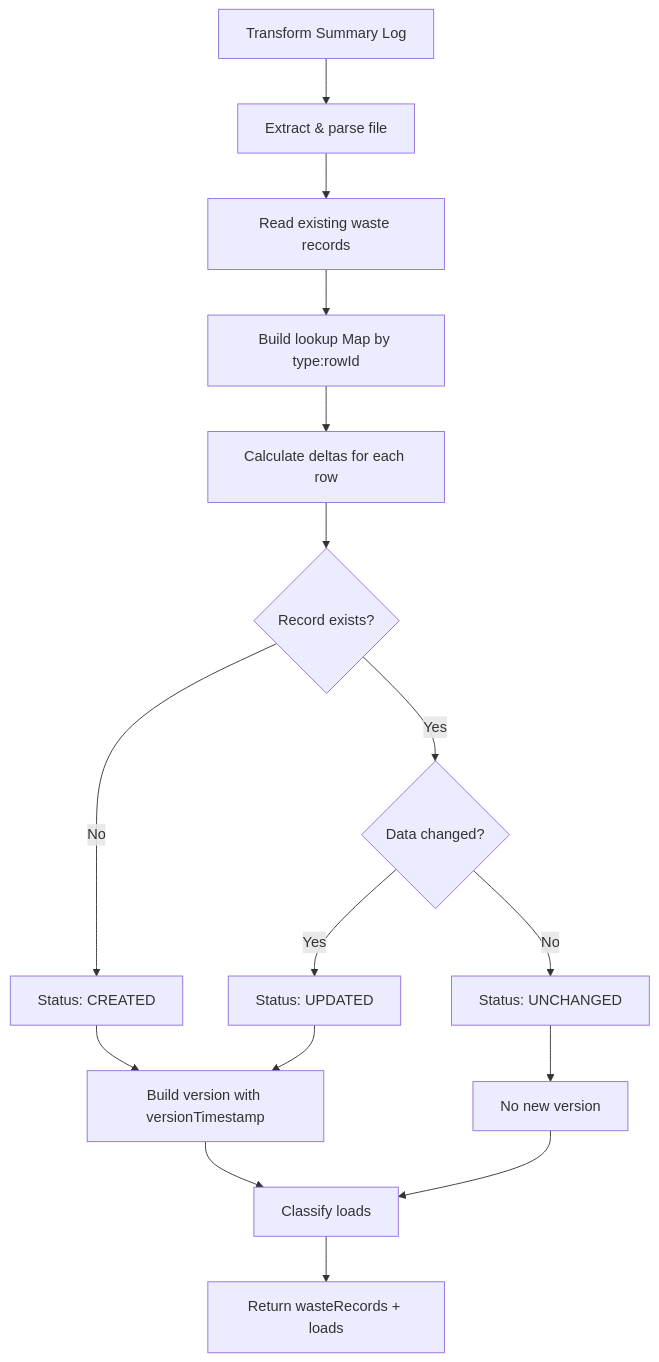
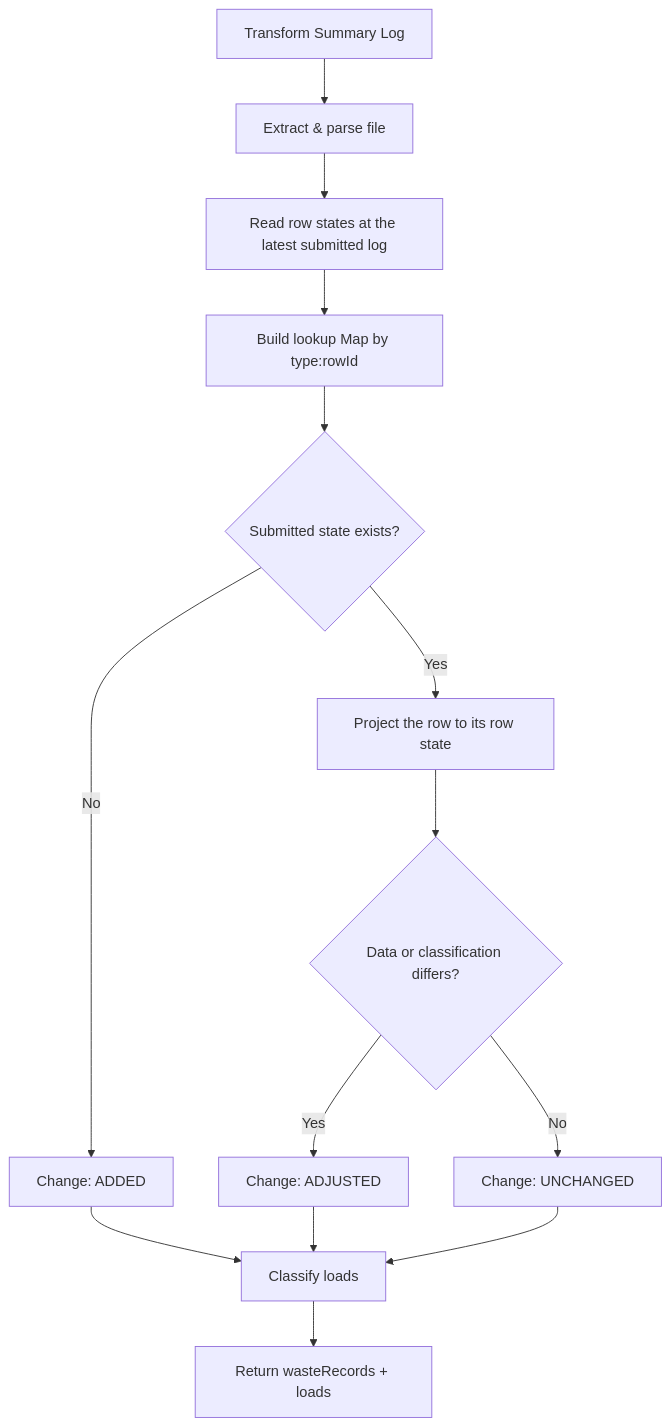
One commit to DEFRA/epr-re-ex-service changed the fourth of 7 diagrams in docs/architecture/defined/summary-log-submission-lld.md. Above: the diagram before and after it, drawn with Mermaid. The commit also changed other lines of this file and 3 other files, not shown here.

Commit message:
PAE-1779: Correct the waste record persistence claims in the defined architecture docs (#405)

````diff
--- a/docs/architecture/defined/summary-log-submission-lld.md
+++ b/docs/architecture/defined/summary-log-submission-lld.md
@@ -275,18 +279,16 @@
 ```mermaid
 flowchart TD
     A[Transform Summary Log] --> B[Extract & parse file]
-    B --> C[Read existing waste records]
+    B --> C[Read row states at the latest submitted log]
     C --> D[Build lookup Map by type:rowId]
-    D --> E[Calculate deltas for each row]
-    E --> F{Record exists?}
-    F -->|Yes| G{Data changed?}
-    F -->|No| H[Status: CREATED]
-    G -->|Yes| I[Status: UPDATED]
-    G -->|No| J[Status: UNCHANGED]
-    H --> K[Build version with versionTimestamp]
-    I --> K
-    J --> L[No new version]
-    K --> M[Classify loads]
-    L --> M
+    D --> F{Submitted state exists?}
+    F -->|No| H[Change: ADDED]
+    F -->|Yes| E[Project the row to its row state]
+    E --> G{Data or classification differs?}
+    G -->|Yes| I[Change: ADJUSTED]
+    G -->|No| J[Change: UNCHANGED]
+    H --> M[Classify loads]
+    I --> M
+    J --> M
     M --> N[Return wasteRecords + loads]
 ```
````
